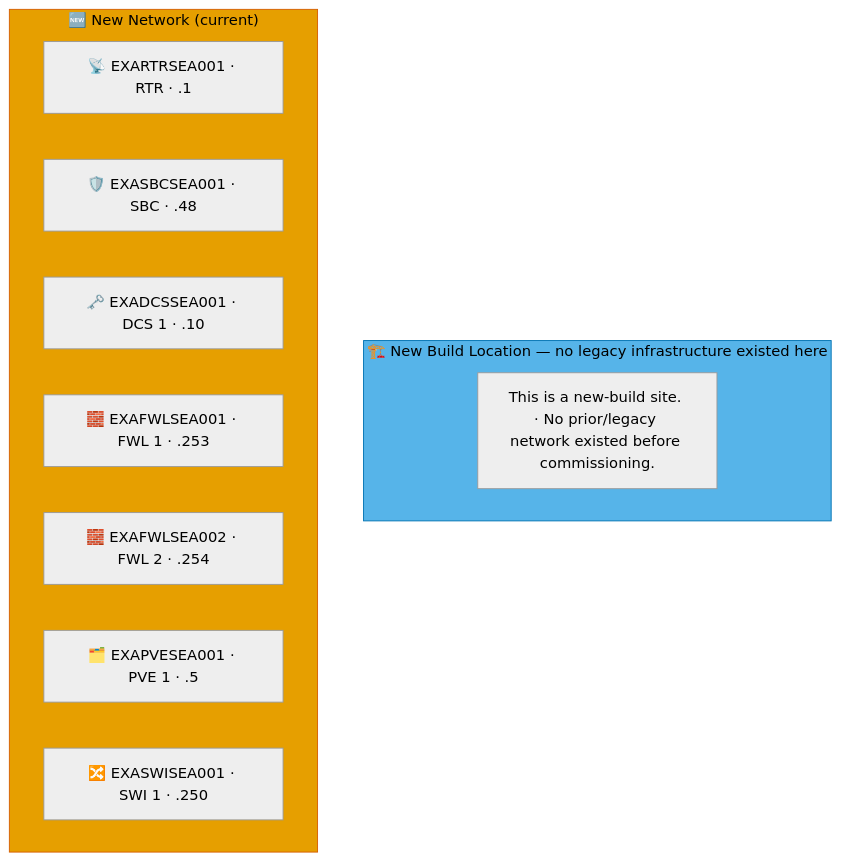
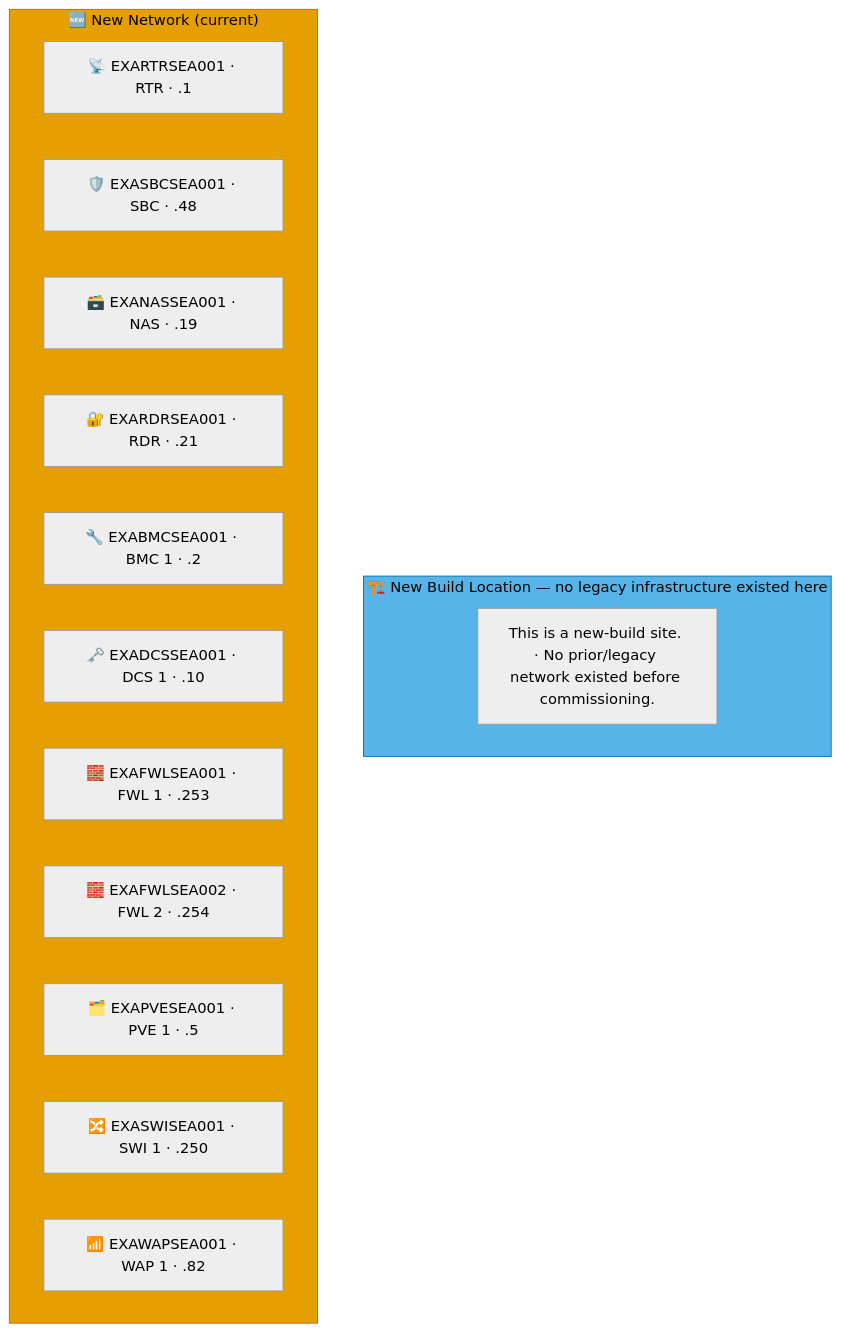
Before and after one commit to knightmare2600/example_music_infra: the seventh of 8 diagrams in docs/network-diagram/united-states.md, drawn with Mermaid (neutral theme). The commit also changed other lines of this file and 15 other files, not shown here.

````diff
--- a/docs/network-diagram/united-states.md
+++ b/docs/network-diagram/united-states.md
@@ -328,19 +352,23 @@
 ```mermaid
 graph TD
     subgraph OLD_SEA ["🏗️ New Build Location — no legacy infrastructure existed here"]
       N_OLD_NOTE["This is a new-build site. · No prior/legacy network existed before commissioning."]
     end
     style OLD_SEA fill:#56B4E9,stroke:#0072B2,color:#000000
     %% GENERATED:NEW-NETWORK:SEA:START
     subgraph NEW_SEA ["🆕 New Network (current)"]
       N_RTR["📡 EXARTRSEA001 · RTR · .1"]
       N_SBC["🛡️ EXASBCSEA001 · SBC · .48"]
+      N_NAS["🗃️ EXANASSEA001 · NAS · .19"]
+      N_RDR["🔐 EXARDRSEA001 · RDR · .21"]
+      N_BMC["🔧 EXABMCSEA001 · BMC 1 · .2"]
       N_DCS["🗝️ EXADCSSEA001 · DCS 1 · .10"]
       N_FWL["🧱 EXAFWLSEA001 · FWL 1 · .253"]
       N_FWL2["🧱 EXAFWLSEA002 · FWL 2 · .254"]
       N_PVE["🗂️ EXAPVESEA001 · PVE 1 · .5"]
       N_SWI["🔀 EXASWISEA001 · SWI 1 · .250"]
+      N_WAP["📶 EXAWAPSEA001 · WAP 1 · .82"]
     end
     style NEW_SEA fill:#E69F00,stroke:#D55E00,color:#000000
     %% GENERATED:NEW-NETWORK:SEA:END
 ```
````
